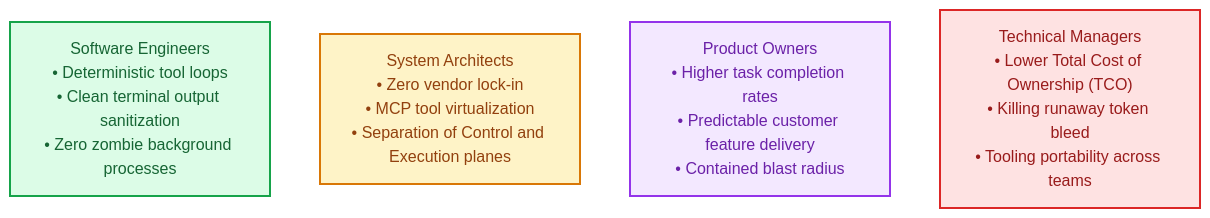
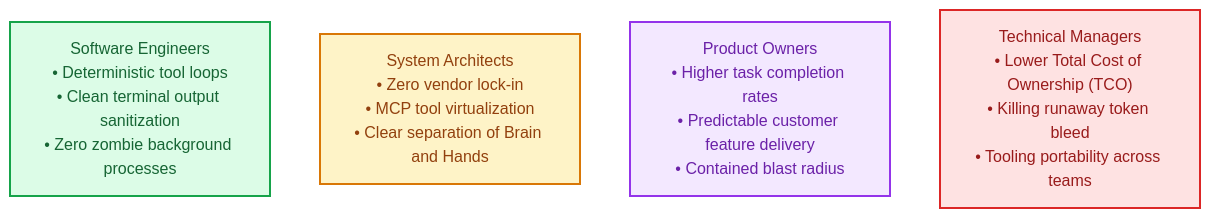
The fourth of 4 diagrams in content/english/blog/beyond-the-prompt-inside-the-ai-agent-harness.md (tharun15/gcloudcafe), drawn with Mermaid (neutral theme) before and after one commit. The commit also changed other lines of this file and 2 other files, not shown here.

Commit message:
refactor(blog): simplify mental model from technical planes to beginner-friendly Brain Hands and Workshop concept

````diff
--- a/content/english/blog/beyond-the-prompt-inside-the-ai-agent-harness.md
+++ b/content/english/blog/beyond-the-prompt-inside-the-ai-agent-harness.md
@@ -238,12 +248,12 @@
 ```mermaid
 flowchart TD
     classDef eng fill:#DCFCE7,stroke:#16A34A,stroke-width:2px,color:#166534;
     classDef arch fill:#FEF3C7,stroke:#D97706,stroke-width:2px,color:#92400E;
     classDef po fill:#F3E8FF,stroke:#9333EA,stroke-width:2px,color:#6B21A8;
     classDef mgr fill:#FEE2E2,stroke:#DC2626,stroke-width:2px,color:#991B1B;
 
     P1["Software Engineers<br/>• Deterministic tool loops<br/>• Clean terminal output sanitization<br/>• Zero zombie background processes"]:::eng
-    P2["System Architects<br/>• Zero vendor lock-in<br/>• MCP tool virtualization<br/>• Separation of Control and Execution planes"]:::arch
+    P2["System Architects<br/>• Zero vendor lock-in<br/>• MCP tool virtualization<br/>• Clear separation of Brain and Hands"]:::arch
     P3["Product Owners<br/>• Higher task completion rates<br/>• Predictable customer feature delivery<br/>• Contained blast radius"]:::po
     P4["Technical Managers<br/>• Lower Total Cost of Ownership (TCO)<br/>• Killing runaway token bleed<br/>• Tooling portability across teams"]:::mgr
 ```
````
